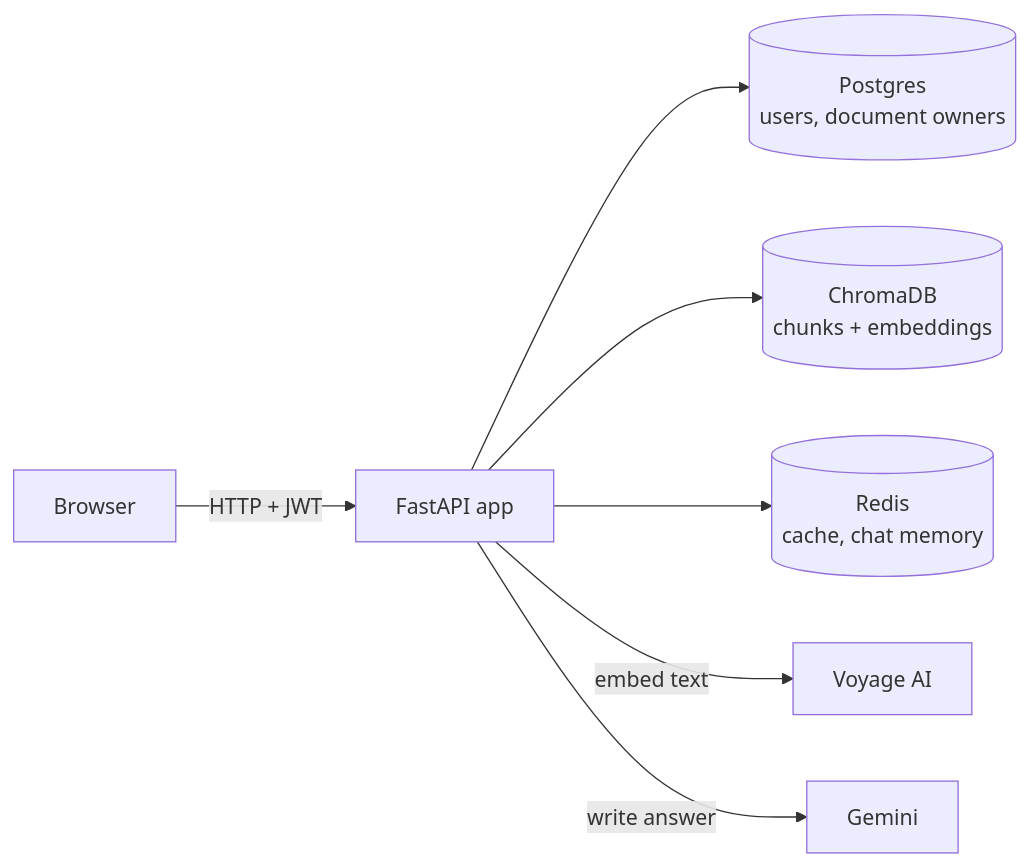
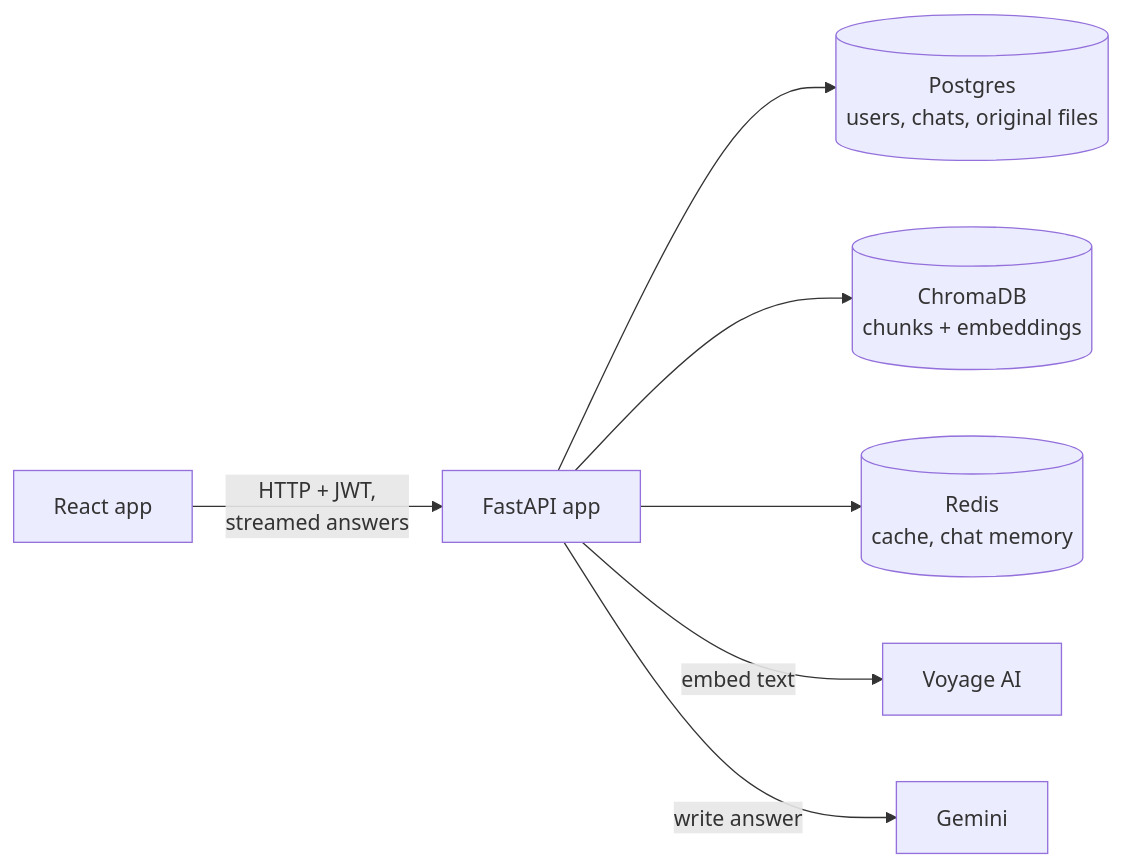
Before and after one commit to annastudios/askive: the diagram in README.md, drawn with Mermaid. The commit also changed other lines of this file and 4 other files, not shown here.

````diff
--- a/README.md
+++ b/README.md
@@ -35,9 +54,9 @@
 ```mermaid
 flowchart LR
-    B[Browser] -->|HTTP + JWT| API[FastAPI app]
-    API --> PG[(Postgres<br/>users, document owners)]
+    B[React app] -->|HTTP + JWT,<br/>streamed answers| API[FastAPI app]
+    API --> PG[(Postgres<br/>users, chats, original files)]
     API --> CH[(ChromaDB<br/>chunks + embeddings)]
     API --> RD[(Redis<br/>cache, chat memory)]
     API -->|embed text| VO[Voyage AI]
     API -->|write answer| GE[Gemini]
 ```
````
